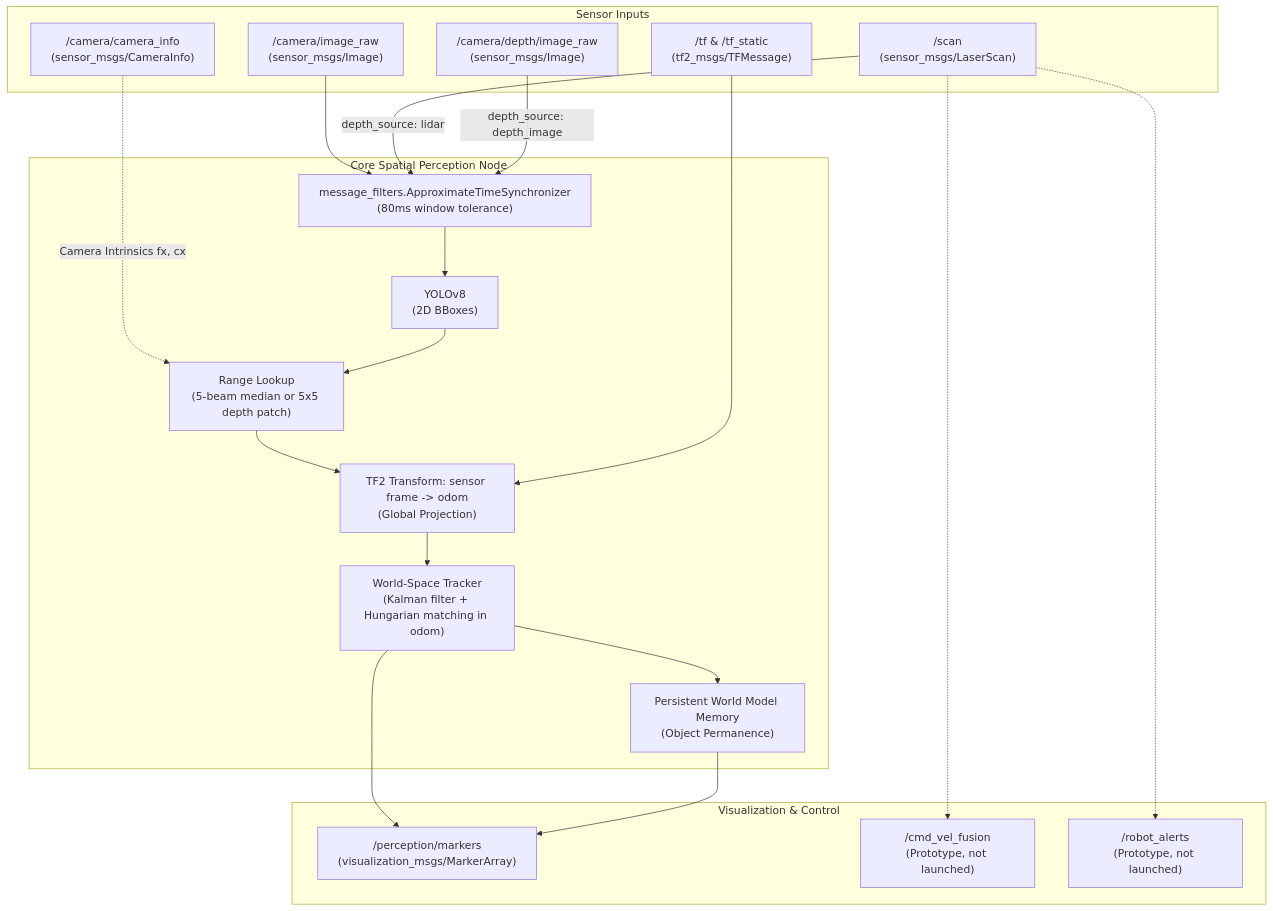
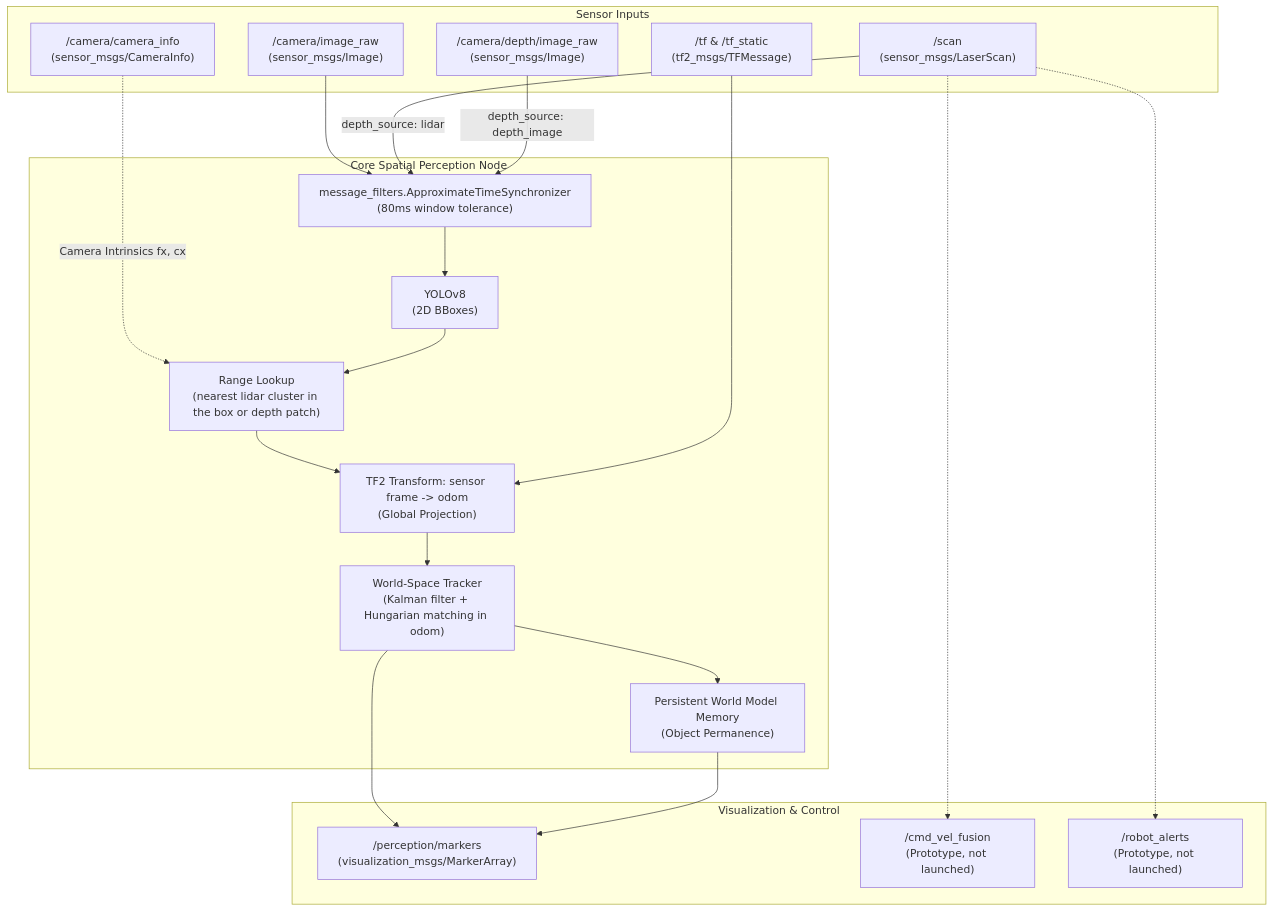
One commit to orvane-sys/r_one changed the diagram in README.md. Above: the diagram before and after it, drawn with Mermaid. The commit also changed other lines of this file and 16 other files, not shown here.

````diff
--- a/README.md
+++ b/README.md
@@ -38,40 +38,40 @@
 ```mermaid
 flowchart TD
     subgraph Inputs ["Sensor Inputs"]
         CAM["/camera/image_raw<br/>(sensor_msgs/Image)"]
         INFO["/camera/camera_info<br/>(sensor_msgs/CameraInfo)"]
         SCAN["/scan<br/>(sensor_msgs/LaserScan)"]
         DEPTH["/camera/depth/image_raw<br/>(sensor_msgs/Image)"]
         TF["/tf & /tf_static<br/>(tf2_msgs/TFMessage)"]
     end
 
     subgraph Perception ["Core Spatial Perception Node"]
         SYNC["message_filters.ApproximateTimeSynchronizer<br/>(80ms window tolerance)"]
         YOLO["YOLOv8<br/>(2D BBoxes)"]
-        GEOM["Range Lookup<br/>(5-beam median or 5x5 depth patch)"]
+        GEOM["Range Lookup<br/>(nearest lidar cluster in the box or depth patch)"]
         TRANS["TF2 Transform: sensor frame -> odom<br/>(Global Projection)"]
         KIN["World-Space Tracker<br/>(Kalman filter + Hungarian matching in odom)"]
         WM["Persistent World Model Memory<br/>(Object Permanence)"]
     end
 
     subgraph Outputs ["Visualization & Control"]
         RVIZ["/perception/markers<br/>(visualization_msgs/MarkerArray)"]
         AEB["/cmd_vel_fusion<br/>(Prototype, not launched)"]
         ALERTS["/robot_alerts<br/>(Prototype, not launched)"]
     end
 
     CAM --> SYNC
     SCAN -->|depth_source: lidar| SYNC
     DEPTH -->|depth_source: depth_image| SYNC
     INFO -.->|Camera Intrinsics fx, cx| GEOM
     SYNC --> YOLO
     YOLO --> GEOM
     GEOM --> TRANS
     TF --> TRANS
     TRANS --> KIN
     KIN --> WM
     KIN --> RVIZ
     WM --> RVIZ
     SCAN -.-> AEB
     SCAN -.-> ALERTS
 ```
````
